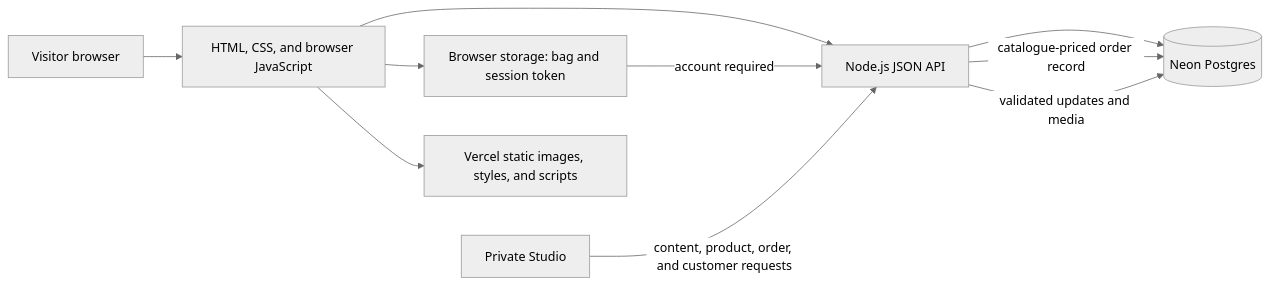
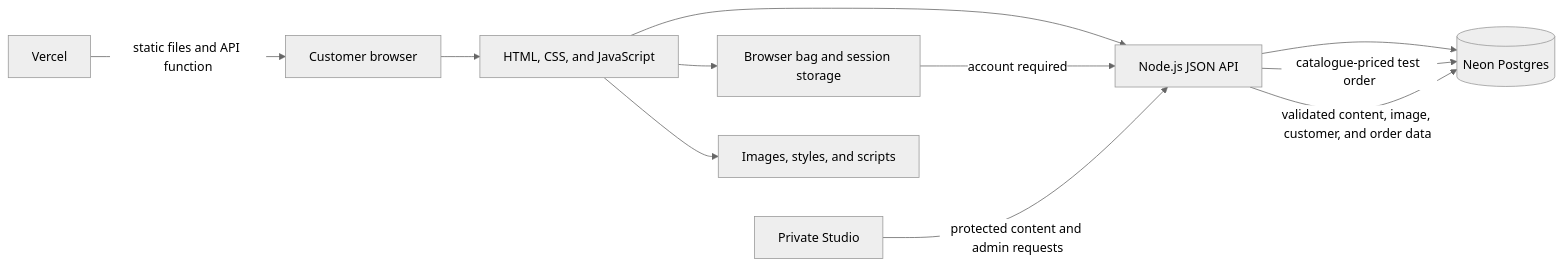
Before and after one commit to anudeep2710/quiet-battles: the diagram in README.md, drawn with Mermaid (neutral theme). The commit also changed other lines of this file and 37 other files, not shown here.

````diff
--- a/README.md
+++ b/README.md
@@ -92,12 +140,13 @@
 ```mermaid
 flowchart LR
-  visitor[Visitor browser] --> ui[HTML, CSS, and browser JavaScript]
-  ui --> api[Node.js JSON API]
+  visitor[Customer browser] --> web[HTML, CSS, and JavaScript]
+  web --> api[Node.js JSON API]
   api --> db[(Neon Postgres)]
-  ui --> bag[Browser storage: bag and session token]
+  web --> bag[Browser bag and session storage]
   bag -->|account required| api
-  api -->|catalogue-priced order record| db
-  studio[Private Studio] -->|content, product, order, and customer requests| api
-  api -->|validated updates and media| db
-  ui --> assets[Vercel static images, styles, and scripts]
+  api -->|catalogue-priced test order| db
+  studio[Private Studio] -->|protected content and admin requests| api
+  api -->|validated content, image, customer, and order data| db
+  hosting[Vercel] -->|static files and API function| visitor
+  web --> assets[Images, styles, and scripts]
 ```
````
